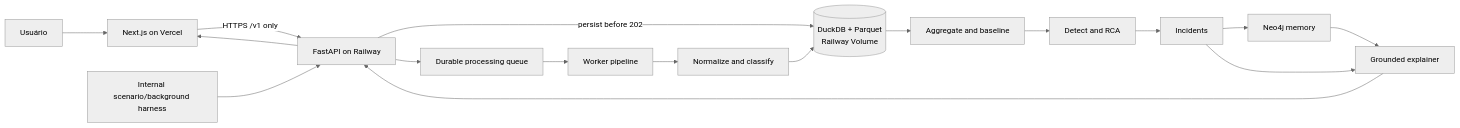
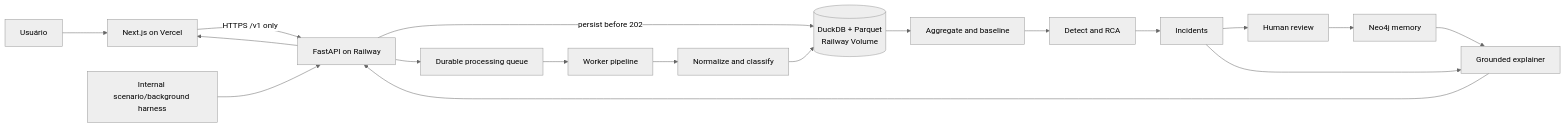
Before and after one commit to 1Renato7/LumenPrep: the diagram in docs/plans/system-plan.md, drawn with Mermaid (neutral theme). The commit also changed other lines of this file and 26 other files, not shown here.

````diff
--- a/docs/plans/system-plan.md
+++ b/docs/plans/system-plan.md
@@ -118,19 +122,20 @@
 ```mermaid
 flowchart LR
     USER[Usuário] --> WEB[Next.js on Vercel]
     WEB -->|HTTPS /v1 only| API[FastAPI on Railway]
     API -->|persist before 202| DB[(DuckDB + Parquet\nRailway Volume)]
     API --> Q[Durable processing queue]
     Q --> WORKER[Worker pipeline]
     HARNESS[Internal scenario/background harness] --> API
     WORKER --> NORM[Normalize and classify]
     NORM --> DB
     DB --> AGG[Aggregate and baseline]
     AGG --> DET[Detect and RCA]
     DET --> INC[Incidents]
-    INC --> MEM[Neo4j memory]
+    INC --> REVIEW[Human review]
+    REVIEW --> MEM[Neo4j memory]
     INC --> EXP[Grounded explainer]
     MEM --> EXP
     EXP --> API
     API --> WEB
 ```
````
